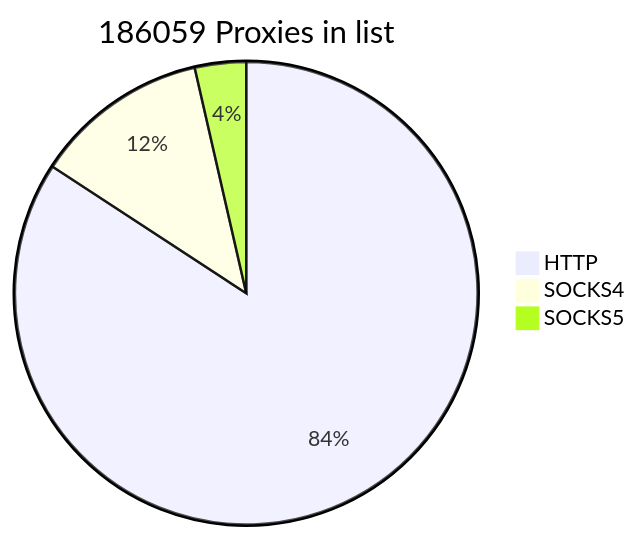
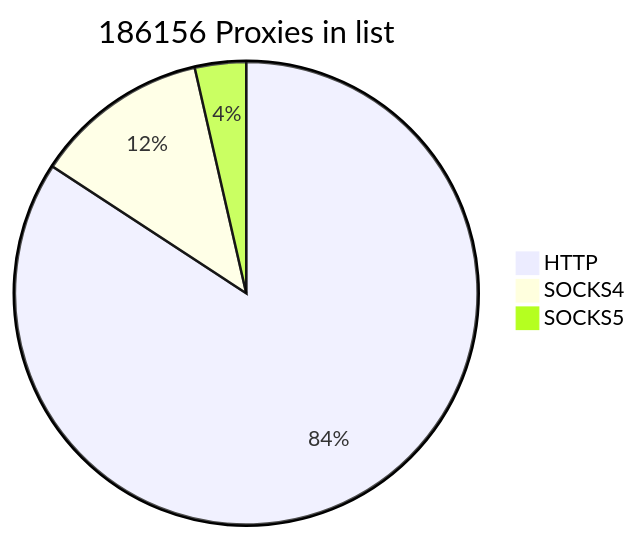
Before and after one commit to cutipu/proxylist: the first of 2 diagrams in README.md, drawn with Mermaid. The commit also changed other lines of this file, not shown here.

````diff
--- a/README.md
+++ b/README.md
@@ -2,7 +2,7 @@
 ```mermaid
-pie title 186059 Proxies in list
-    "HTTP" : 156685
+pie title 186156 Proxies in list
+    "HTTP" : 156781
     "SOCKS4" : 22716
-    "SOCKS5" : 6658
+    "SOCKS5" : 6659
             
 ```
````
